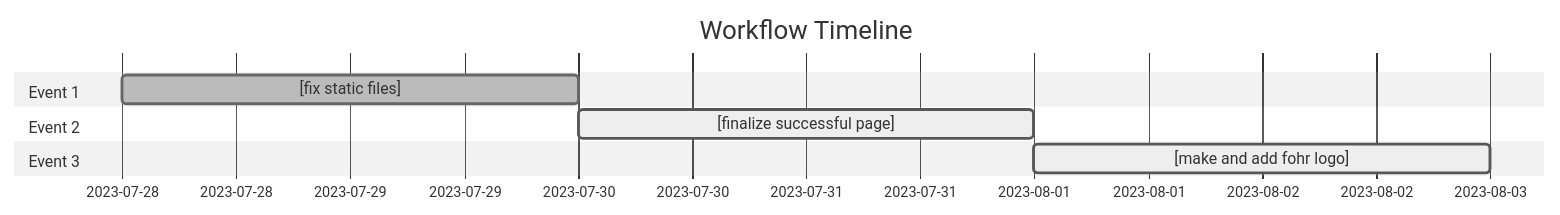
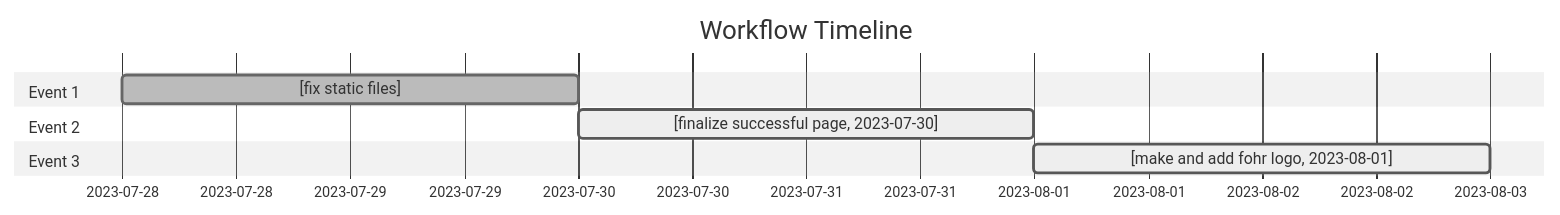
The diagram in README.md (bryanMawan/newSabina), drawn with Mermaid before and after one commit.

````diff
--- a/README.md
+++ b/README.md
@@ -5,15 +5,15 @@
 ```mermaid
 %%{init: {'theme': 'neutral'}}%%
 gantt
     dateFormat  YYYY-MM-DD
     title Workflow Timeline
 
     section Event 1
     [fix static files]          :done,   Friday, 2023-07-28, 2d
 
     section Event 2
-    [finalize successful page]  :active, 2023-07-30, 2d
+    [finalize successful page, 2023-07-30]  :active, 2023-07-30, 2d
 
     section Event 3
-    [make and add fohr logo]    :active, 2023-08-01, 2d
+    [make and add fohr logo, 2023-08-01]    :active, 2023-08-01, 2d
 ```
````
